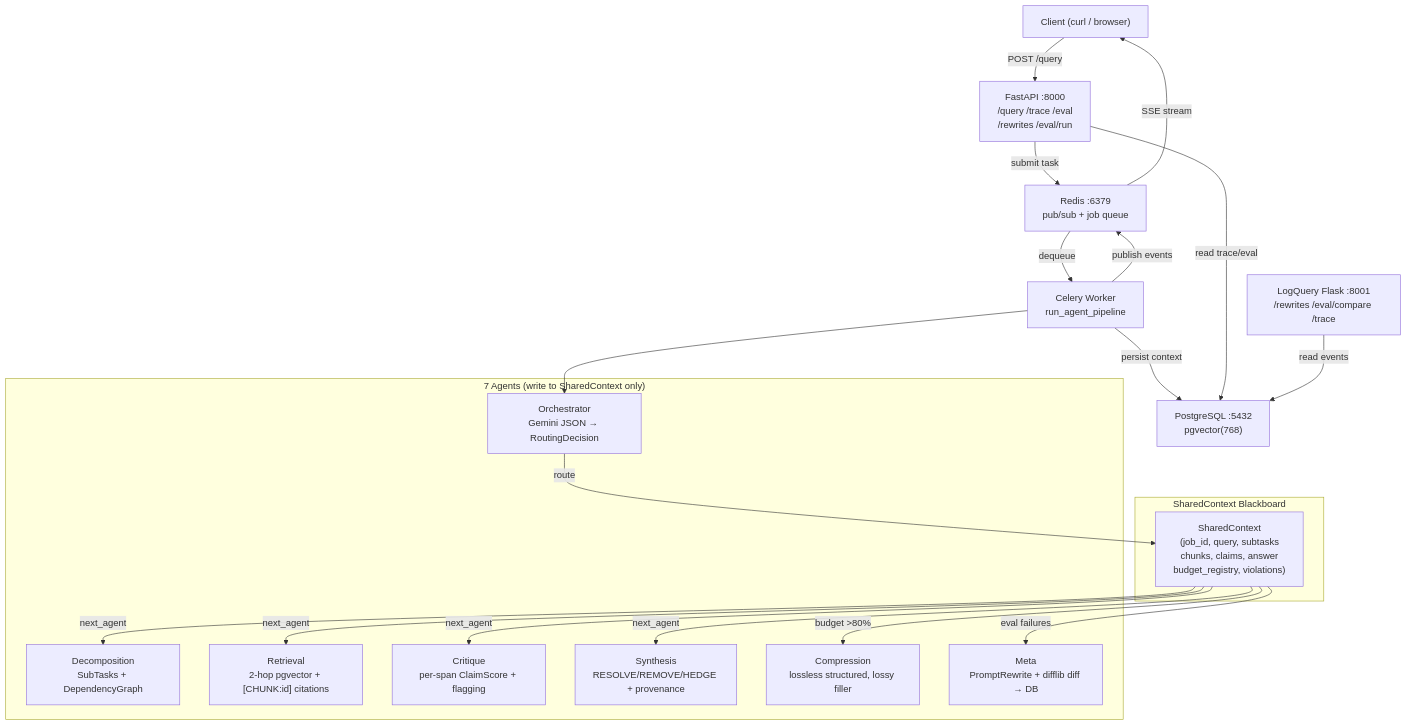
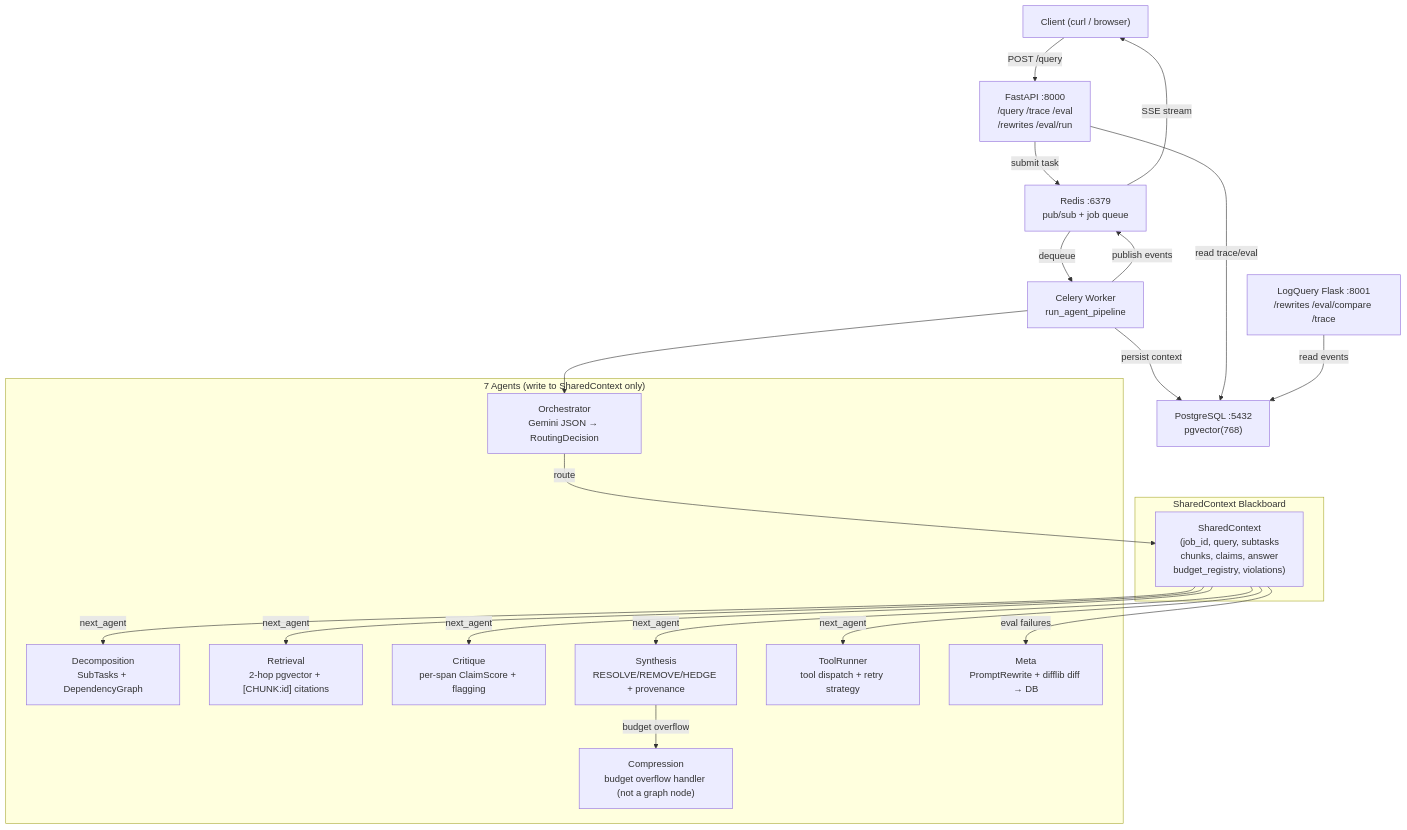
One commit to Aditya26189/multi-agent-llm-orchestration changed the diagram in docs/architecture.md. Above: the diagram before and after it, drawn with Mermaid. The commit also changed other lines of this file and 2 other files, not shown here.

````diff
--- a/docs/architecture.md
+++ b/docs/architecture.md
@@ -7,41 +7,43 @@
 ```mermaid
 graph TB
     Client["Client (curl / browser)"]
     API["FastAPI :8000\n/query /trace /eval\n/rewrites /eval/run"]
     Redis["Redis :6379\npub/sub + job queue"]
     Worker["Celery Worker\nrun_agent_pipeline"]
     DB["PostgreSQL :5432\npgvector(768)"]
     LogUI["LogQuery Flask :8001\n/rewrites /eval/compare /trace"]
 
     Client -->|POST /query| API
     API -->|submit task| Redis
     Redis -->|dequeue| Worker
     Worker -->|publish events| Redis
     Redis -->|SSE stream| Client
     Worker -->|persist context| DB
     API -->|read trace/eval| DB
     LogUI -->|read events| DB
 
     subgraph "SharedContext Blackboard"
         SC["SharedContext\n(job_id, query, subtasks\nchunks, claims, answer\nbudget_registry, violations)"]
     end
 
     subgraph "7 Agents (write to SharedContext only)"
         O["Orchestrator\nGemini JSON → RoutingDecision"]
         D["Decomposition\nSubTasks + DependencyGraph"]
         R["Retrieval\n2-hop pgvector + [CHUNK:id] citations"]
         C["Critique\nper-span ClaimScore + flagging"]
         S["Synthesis\nRESOLVE/REMOVE/HEDGE + provenance"]
-        Comp["Compression\nlossless structured, lossy filler"]
+        TR["ToolRunner\ntool dispatch + retry strategy"]
+        Comp["Compression\nbudget overflow handler (not a graph node)"]
         M["Meta\nPromptRewrite + difflib diff → DB"]
     end
 
     Worker --> O
     O -->|route| SC
     SC -->|next_agent| D
     SC -->|next_agent| R
     SC -->|next_agent| C
     SC -->|next_agent| S
-    SC -->|budget >80%| Comp
+    SC -->|next_agent| TR
+    S -->|budget overflow| Comp
     SC -->|eval failures| M
 ```
````
